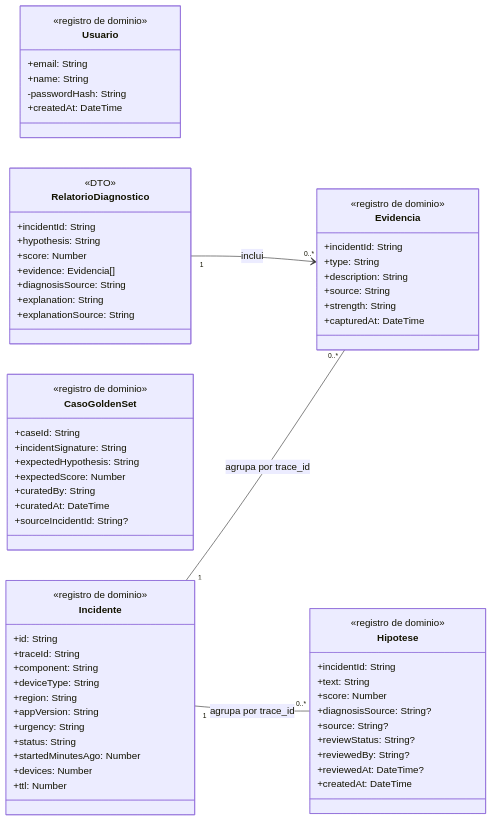
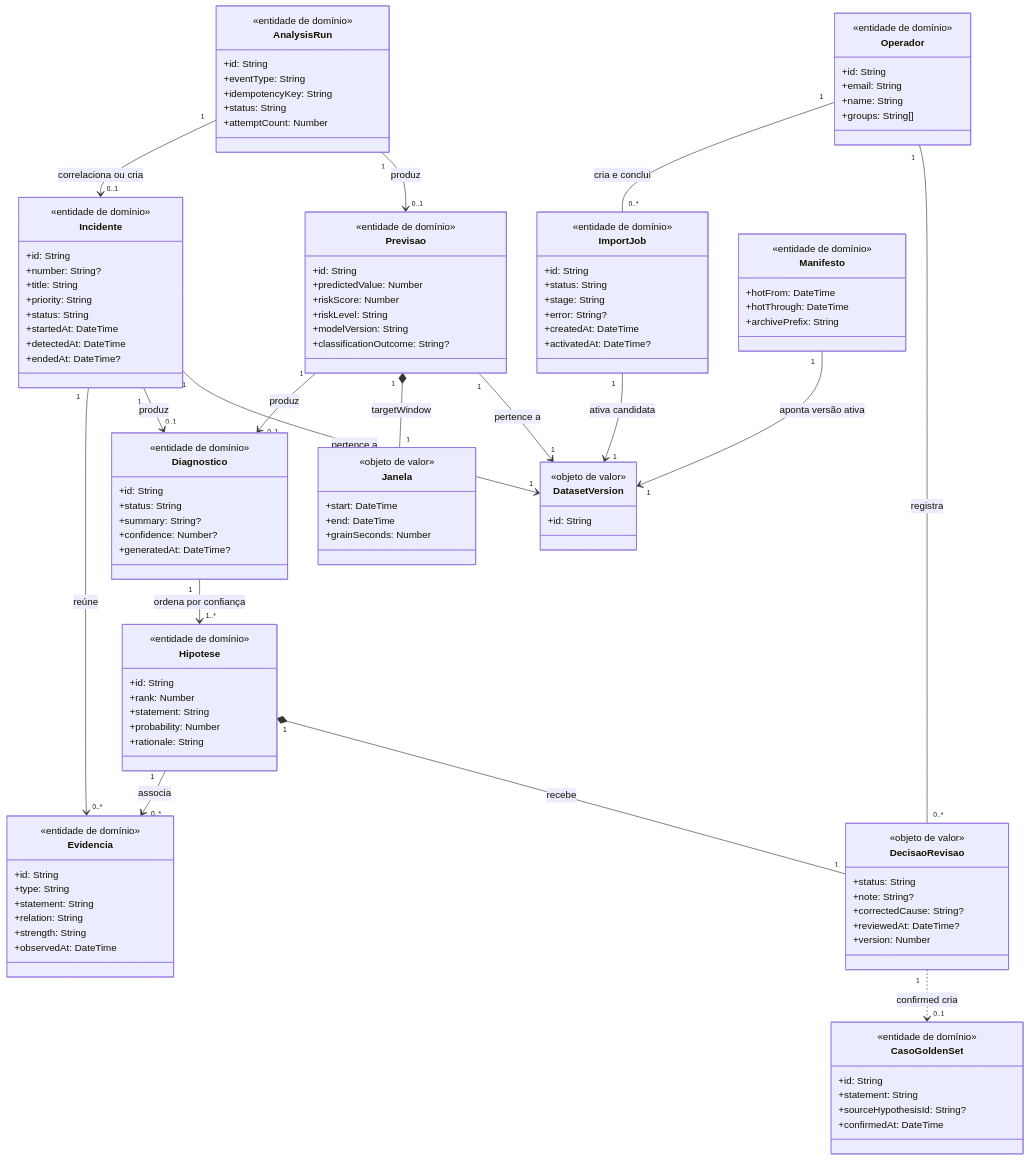
The first of 11 diagrams in artefatos/sprint3/modelagem.md (guedesrayssa/viewshow-ai-observability), drawn with Mermaid before and after one commit. The commit also changed other lines of this file, not shown here.

First line of the commit message:
docs(modelagem): reescreve o diagrama de classes para a arquitetura-alvo

````diff
--- a/artefatos/sprint3/modelagem.md
+++ b/artefatos/sprint3/modelagem.md
@@ -792,76 +805,134 @@
 ```mermaid
 classDiagram
-    direction LR
+    direction TB
 
-    class Usuario {
-        <<registro de dominio>>
+    class Operador {
+        <<entidade de domínio>>
+        +id: String
         +email: String
         +name: String
-        -passwordHash: String
-        +createdAt: DateTime
+        +groups: String[]
     }
 
     class Incidente {
-        <<registro de dominio>>
+        <<entidade de domínio>>
         +id: String
-        +traceId: String
-        +component: String
-        +deviceType: String
-        +region: String
-        +appVersion: String
-        +urgency: String
+        +number: String?
+        +title: String
+        +priority: String
         +status: String
-        +startedMinutesAgo: Number
-        +devices: Number
-        +ttl: Number
+        +startedAt: DateTime
+        +detectedAt: DateTime
+        +endedAt: DateTime?
     }
 
     class Evidencia {
-        <<registro de dominio>>
-        +incidentId: String
+        <<entidade de domínio>>
+        +id: String
         +type: String
-        +description: String
-        +source: String
+        +statement: String
+        +relation: String
         +strength: String
-        +capturedAt: DateTime
+        +observedAt: DateTime
+    }
+
+    class Diagnostico {
+        <<entidade de domínio>>
+        +id: String
+        +status: String
+        +summary: String?
+        +confidence: Number?
+        +generatedAt: DateTime?
     }
 
     class Hipotese {
-        <<registro de dominio>>
-        +incidentId: String
-        +text: String
-        +score: Number
-        +diagnosisSource: String?
-        +source: String?
-        +reviewStatus: String?
-        +reviewedBy: String?
+        <<entidade de domínio>>
+        +id: String
+        +rank: Number
+        +statement: String
+        +probability: Number
+        +rationale: String
+    }
+
+    class DecisaoRevisao {
+        <<objeto de valor>>
+        +status: String
+        +note: String?
+        +correctedCause: String?
         +reviewedAt: DateTime?
-        +createdAt: DateTime
+        +version: Number
     }
 
     class CasoGoldenSet {
-        <<registro de dominio>>
-        +caseId: String
-        +incidentSignature: String
-        +expectedHypothesis: String
-        +expectedScore: Number
-        +curatedBy: String
-        +curatedAt: DateTime
-        +sourceIncidentId: String?
+        <<entidade de domínio>>
+        +id: String
+        +statement: String
+        +sourceHypothesisId: String?
+        +confirmedAt: DateTime
     }
 
-    class RelatorioDiagnostico {
-        <<DTO>>
-        +incidentId: String
-        +hypothesis: String
-        +score: Number
-        +evidence: Evidencia[]
-        +diagnosisSource: String
-        +explanation: String
-        +explanationSource: String
+    class Previsao {
+        <<entidade de domínio>>
+        +id: String
+        +predictedValue: Number
+        +riskScore: Number
+        +riskLevel: String
+        +modelVersion: String
+        +classificationOutcome: String?
     }
 
-    Incidente "1" -- "0..*" Evidencia : agrupa por trace_id
-    Incidente "1" -- "0..*" Hipotese : agrupa por trace_id
-    RelatorioDiagnostico "1" --> "0..*" Evidencia : inclui
+    class Janela {
+        <<objeto de valor>>
+        +start: DateTime
+        +end: DateTime
+        +grainSeconds: Number
+    }
+
+    class ImportJob {
+        <<entidade de domínio>>
+        +id: String
+        +status: String
+        +stage: String
+        +error: String?
+        +createdAt: DateTime
+        +activatedAt: DateTime?
+    }
+
+    class DatasetVersion {
+        <<objeto de valor>>
+        +id: String
+    }
+
+    class Manifesto {
+        <<entidade de domínio>>
+        +hotFrom: DateTime
+        +hotThrough: DateTime
+        +archivePrefix: String
+    }
+
+    class AnalysisRun {
+        <<entidade de domínio>>
+        +id: String
+        +eventType: String
+        +idempotencyKey: String
+        +status: String
+        +attemptCount: Number
+    }
+
+    Operador "1" -- "0..*" ImportJob : cria e conclui
+    Operador "1" -- "0..*" DecisaoRevisao : registra
+    Incidente "1" --> "0..*" Evidencia : reúne
+    Incidente "1" --> "0..1" Diagnostico : produz
+    Previsao "1" --> "0..1" Diagnostico : produz
+    Diagnostico "1" --> "1..*" Hipotese : ordena por confiança
+    Hipotese "1" --> "0..*" Evidencia : associa
+    Hipotese "1" *-- "1" DecisaoRevisao : recebe
+    DecisaoRevisao "1" ..> "0..1" CasoGoldenSet : confirmed cria
+    Previsao "1" *-- "1" Janela : targetWindow
+    Incidente "1" --> "1" DatasetVersion : pertence a
+    Previsao "1" --> "1" DatasetVersion : pertence a
+    ImportJob "1" --> "1" DatasetVersion : ativa candidata
+    Manifesto "1" --> "1" DatasetVersion : aponta versão ativa
+    AnalysisRun "1" --> "0..1" Incidente : correlaciona ou cria
+    AnalysisRun "1" --> "0..1" Previsao : produz
 ```
````
